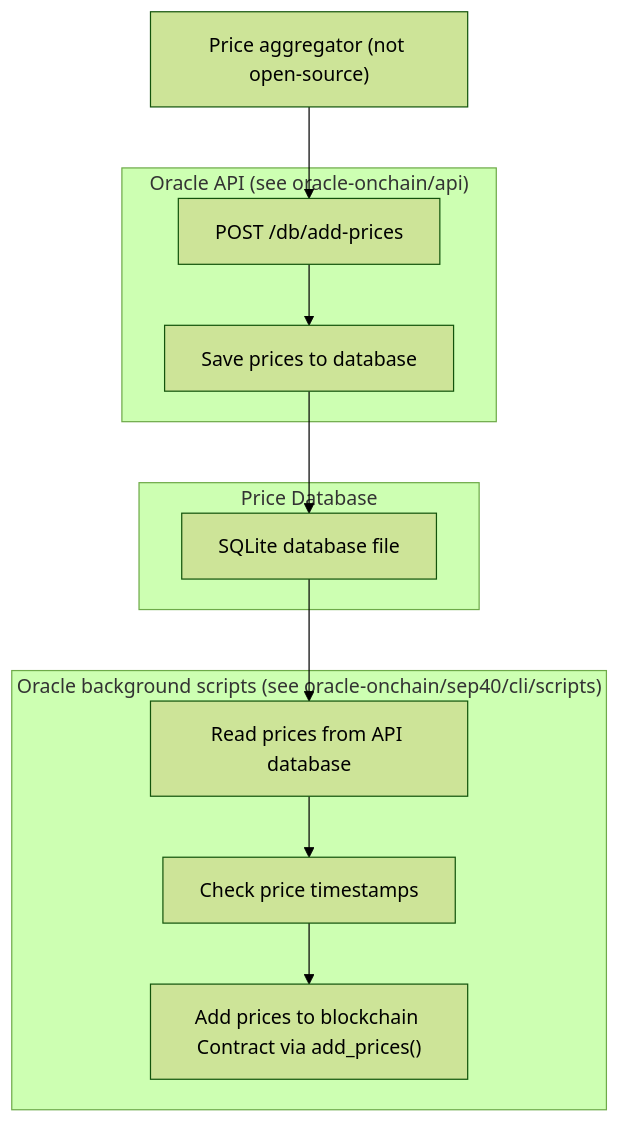
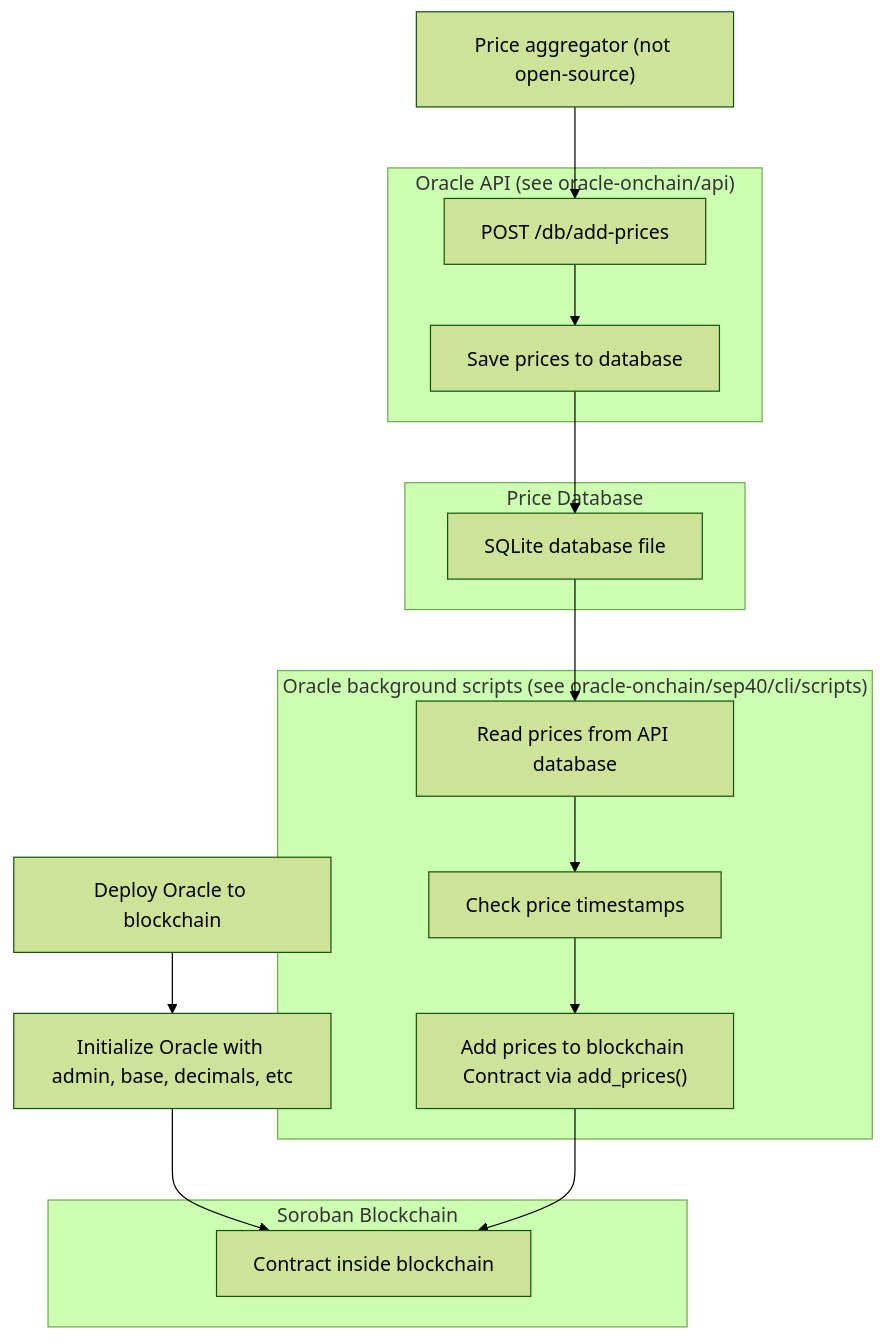
The diagram in INFRASTRUCTURE.md (bp-ventures/lightecho-stellar-oracle), drawn with Mermaid (forest theme) before and after one commit. The commit also changed other lines of this file, not shown here.

````diff
--- a/INFRASTRUCTURE.md
+++ b/INFRASTRUCTURE.md
@@ -10,16 +3,21 @@
 ```mermaid
 flowchart TD
+    deploy[Deploy Oracle to blockchain]-->initialize[Initialize Oracle with admin, base, decimals, etc]
+    initialize-->blockchain_contract
     price_aggregator["Price aggregator (not open-source)"]-->post_prices["POST /db/add-prices"]
     subgraph database [Price Database]
         db[SQLite database file]
     end
     subgraph oracle_api ["Oracle API (see oracle-onchain/api)"]
       post_prices-->save_to_db[Save prices to database]
       save_to_db-->db
     end
     subgraph oracle_background_scripts ["Oracle background scripts (see oracle-onchain/sep40/cli/scripts)"]
       db-->read_prices_from_db[Read prices from API database]
       read_prices_from_db-->check_timestamps[Check price timestamps]
       check_timestamps-->add_prices["Add prices to blockchain Contract via add_prices()"]
     end
+    subgraph soroban_blockchain [Soroban Blockchain]
+      add_prices-->blockchain_contract[Contract inside blockchain]
+    end
 ```
````
